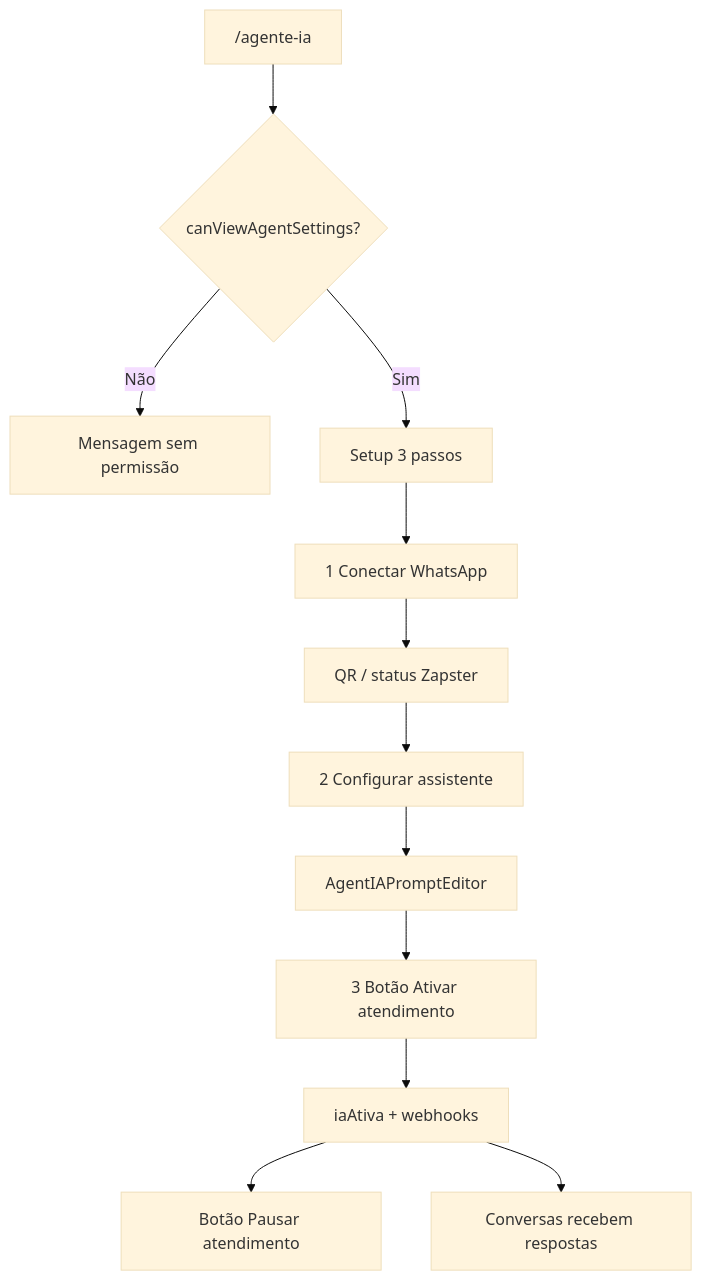
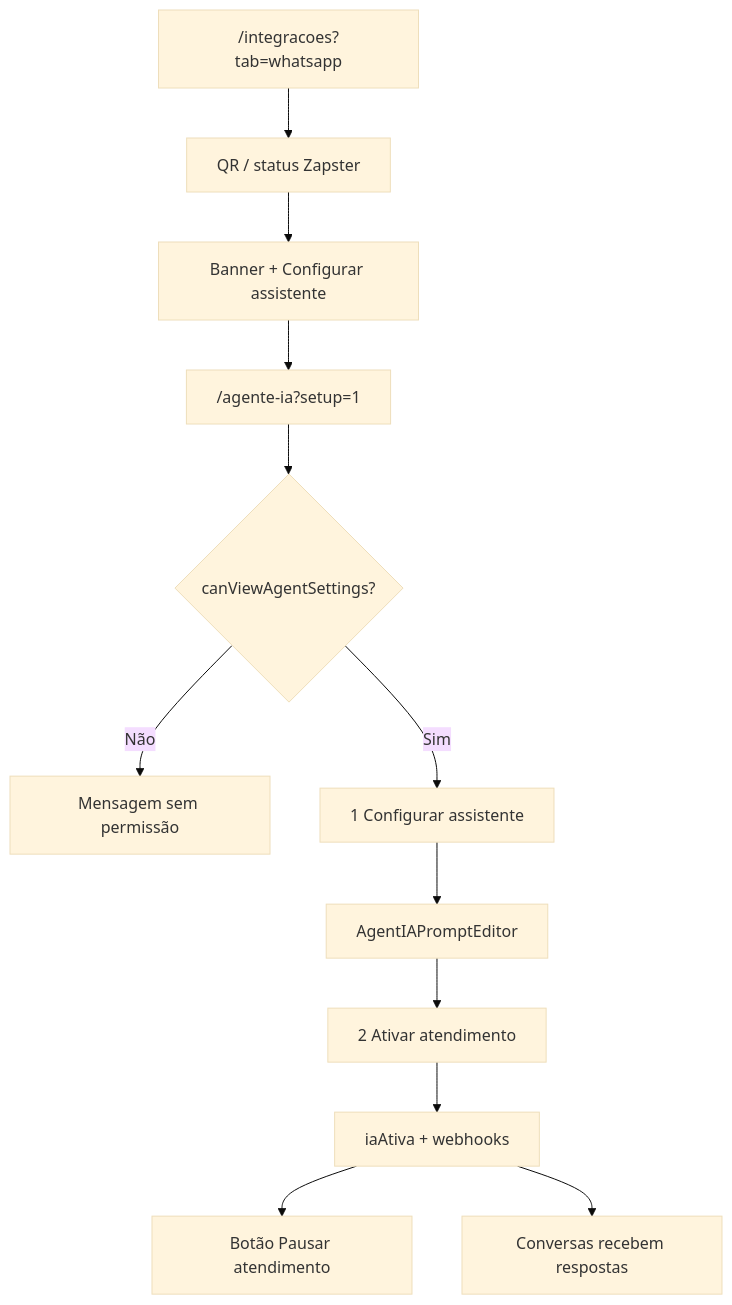
One commit to brunaamaralp/bjj changed the diagram in docs/flows/atendimento/agente-ia-whatsapp.md. Above: the diagram before and after it, drawn with Mermaid (base theme). The commit also changed other lines of this file and 42 other files, not shown here.

First line of the commit message:
feat(integracoes): handoff WhatsApp para Agente IA v1

````diff
--- a/docs/flows/atendimento/agente-ia-whatsapp.md
+++ b/docs/flows/atendimento/agente-ia-whatsapp.md
@@ -30,14 +30,14 @@
 ```mermaid
 flowchart TD
-  open["/agente-ia"] --> perm{canViewAgentSettings?}
+  integracoes["/integracoes?tab=whatsapp"] --> qr[QR / status Zapster]
+  qr --> handoff[Banner + Configurar assistente]
+  handoff --> agente["/agente-ia?setup=1"]
+  agente --> perm{canViewAgentSettings?}
   perm -->|Não| denied[Mensagem sem permissão]
-  perm -->|Sim| steps[Setup 3 passos]
-  steps --> s1[1 Conectar WhatsApp]
-  s1 --> qr[QR / status Zapster]
-  qr --> s2[2 Configurar assistente]
+  perm -->|Sim| s2[1 Configurar assistente]
   s2 --> prompt[AgentIAPromptEditor]
-  prompt --> s3[3 Botão Ativar atendimento]
+  prompt --> s3[2 Ativar atendimento]
   s3 --> active[iaAtiva + webhooks]
   active --> pause[Botão Pausar atendimento]
   active --> inbox[Conversas recebem respostas]
 ```
````
